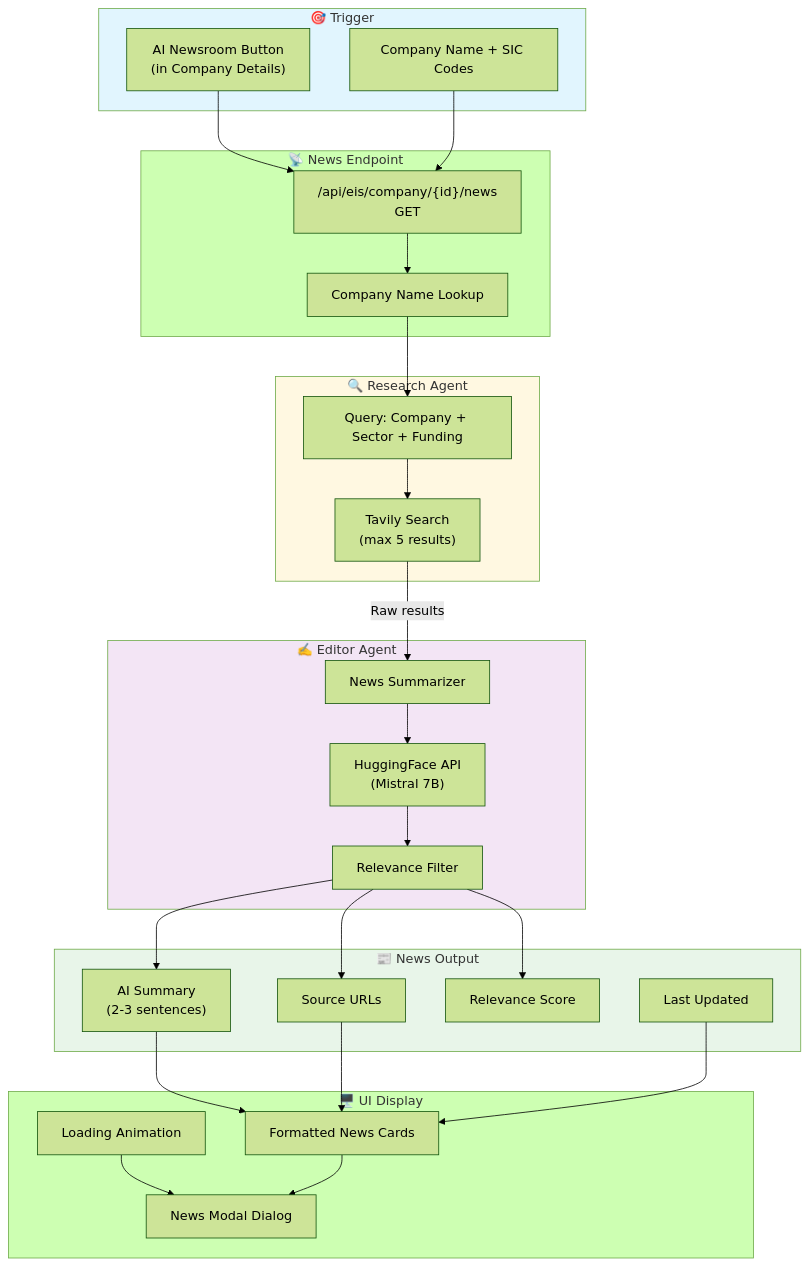
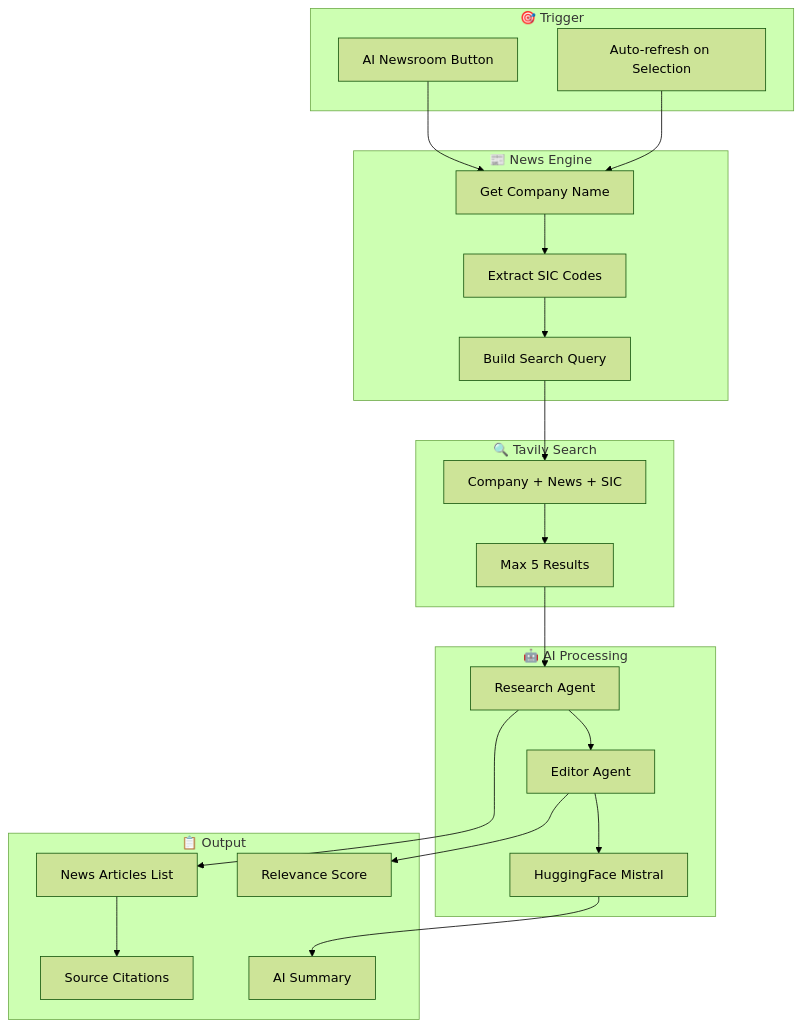
The eighth of 12 diagrams in EIS_ARCHITECTURE_REPORT.md (nagasriramnani/Currency-Intelligence-Platform-V2), drawn with Mermaid (forest theme) before and after one commit. The commit also changed other lines of this file, not shown here.

First line of the commit message:
docs: EIS Architecture Report with 5 Mermaid diagrams

````diff
--- a/EIS_ARCHITECTURE_REPORT.md
+++ b/EIS_ARCHITECTURE_REPORT.md
@@ -432,60 +352,48 @@
 ```mermaid
-flowchart TB
+graph TB
     subgraph Trigger["🎯 Trigger"]
-        NewsButton["AI Newsroom Button<br/>(in Company Details)"]
-        CompanyContext["Company Name + SIC Codes"]
+        Button[AI Newsroom Button]
+        Auto[Auto-refresh on Selection]
     end
 
-    subgraph API["📡 News Endpoint"]
-        NewsAPI["/api/eis/company/{id}/news<br/>GET"]
-        CompanyLookup["Company Name Lookup"]
+    subgraph NewsEngine["📰 News Engine"]
+        CompanyLookup[Get Company Name]
+        SICCodes[Extract SIC Codes]
+        QueryBuilder[Build Search Query]
     end
 
-    subgraph Research["🔍 Research Agent"]
-        TavilySearch["Tavily Search<br/>(max 5 results)"]
-        QueryGeneration["Query: Company + Sector + Funding"]
+    subgraph TavilySearch["🔍 Tavily Search"]
+        NewsQuery[Company + News + SIC]
+        MaxResults[Max 5 Results]
     end
 
-    subgraph Editor["✍️ Editor Agent"]
-        HuggingFace["HuggingFace API<br/>(Mistral 7B)"]
-        Summarizer["News Summarizer"]
-        RelevanceFilter["Relevance Filter"]
+    subgraph AIProcessing["🤖 AI Processing"]
+        ResearchAgent[Research Agent]
+        EditorAgent[Editor Agent]
+        Summarizer[HuggingFace Mistral]
     end
 
-    subgraph Output["📰 News Output"]
-        NewsSummary["AI Summary<br/>(2-3 sentences)"]
-        Sources["Source URLs"]
-        Relevance["Relevance Score"]
-        Timestamp["Last Updated"]
+    subgraph Output["📋 Output"]
+        NewsList[News Articles List]
+        Summary[AI Summary]
+        Sources[Source Citations]
+        Relevance[Relevance Score]
     end
 
-    subgraph Display["🖥️ UI Display"]
-        NewsModal["News Modal Dialog"]
-        LoadingSpinner["Loading Animation"]
-        NewsCards["Formatted News Cards"]
-    end
-
-    %% Flow
-    NewsButton --> NewsAPI
-    CompanyContext --> NewsAPI
-    NewsAPI --> CompanyLookup
-    CompanyLookup --> QueryGeneration
-    QueryGeneration --> TavilySearch
-    TavilySearch -->|"Raw results"| Summarizer
-    Summarizer --> HuggingFace
-    HuggingFace --> RelevanceFilter
-    RelevanceFilter --> NewsSummary
-    RelevanceFilter --> Sources
-    RelevanceFilter --> Relevance
-
-    NewsSummary --> NewsCards
-    Sources --> NewsCards
-    Timestamp --> NewsCards
-    LoadingSpinner --> NewsModal
-    NewsCards --> NewsModal
-
-    style Trigger fill:#e1f5fe
-    style Research fill:#fff8e1
-    style Editor fill:#f3e5f5
-    style Output fill:#e8f5e9
+    Button --> CompanyLookup
+    Auto --> CompanyLookup
+    CompanyLookup --> SICCodes
+    SICCodes --> QueryBuilder
+    
+    QueryBuilder --> NewsQuery
+    NewsQuery --> MaxResults
+    
+    MaxResults --> ResearchAgent
+    ResearchAgent --> EditorAgent
+    EditorAgent --> Summarizer
+    
+    Summarizer --> Summary
+    ResearchAgent --> NewsList
+    NewsList --> Sources
+    EditorAgent --> Relevance
 ```
````
